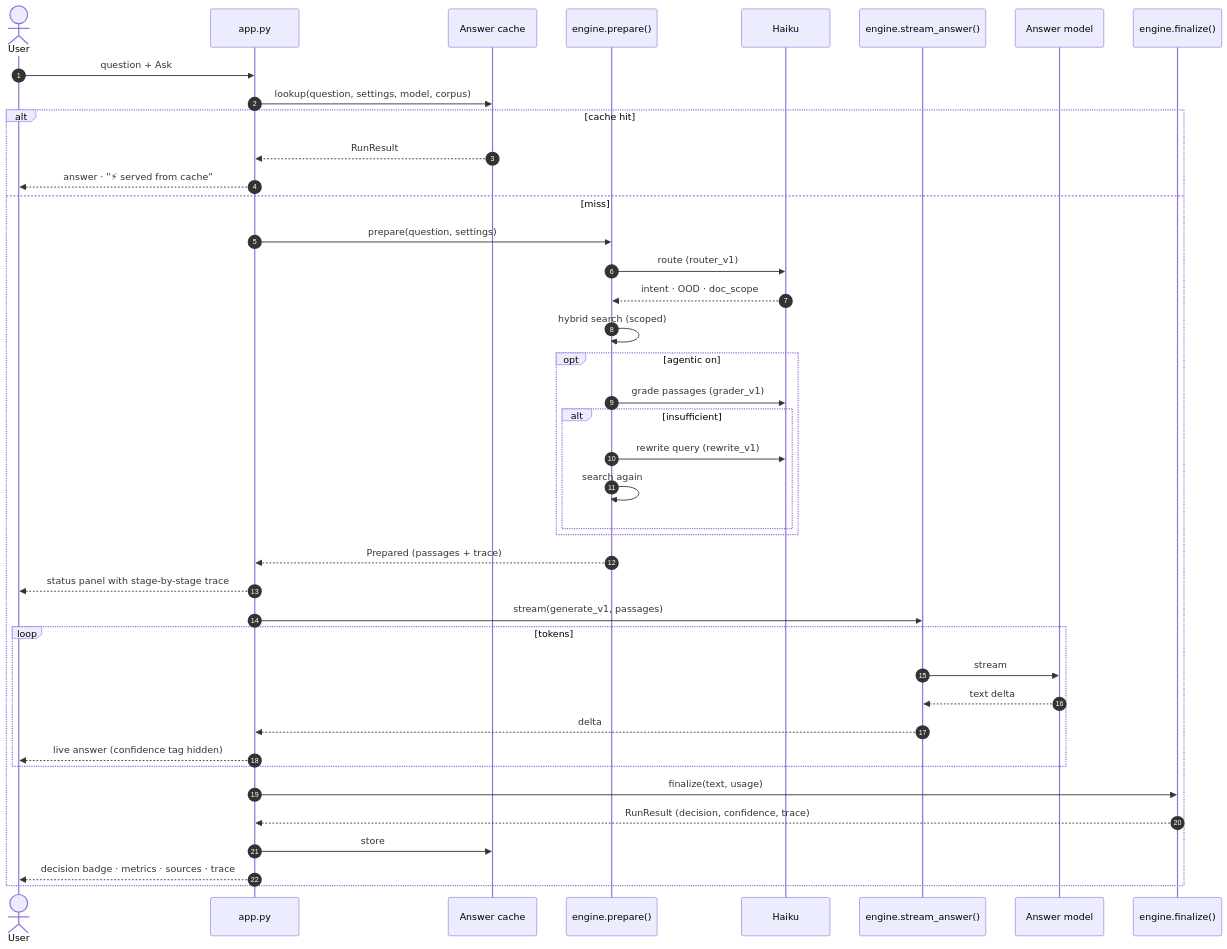
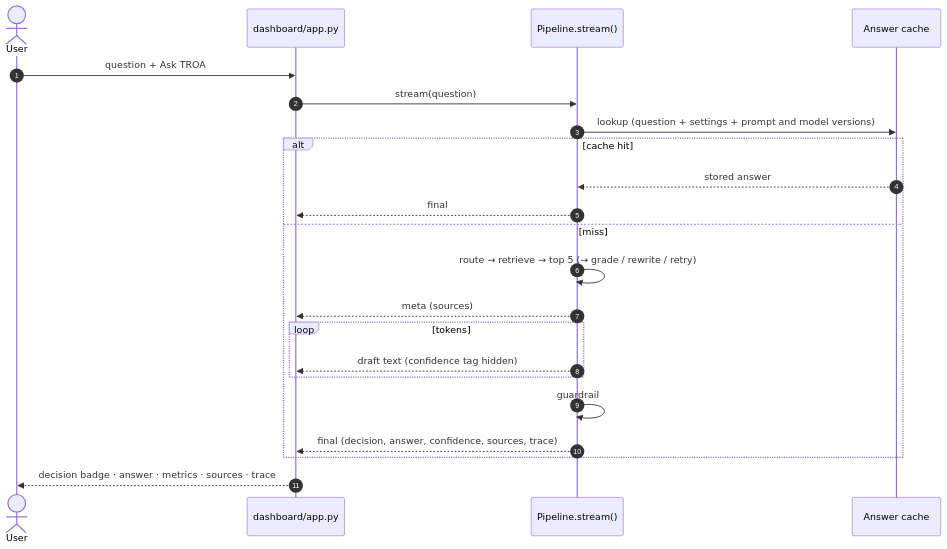
Before and after one commit to drealchux/troa: the diagram in docs/DASHBOARD.md, drawn with Mermaid. The commit also changed other lines of this file and 3 other files, not shown here.

Commit message:
Update docs for the CLI, the Pipeline-based dashboard, and the bundled index

````diff
--- a/docs/DASHBOARD.md
+++ b/docs/DASHBOARD.md
@@ -63,44 +17,25 @@
 ```mermaid
 sequenceDiagram
     autonumber
     actor U as User
-    participant A as app.py
+    participant A as dashboard/app.py
+    participant P as Pipeline.stream()
     participant C as Answer cache
-    participant E as engine.prepare()
-    participant H as Haiku
-    participant S as engine.stream_answer()
-    participant M as Answer model
-    participant F as engine.finalize()
 
-    U->>A: question + Ask
-    A->>C: lookup(question, settings, model, corpus)
+    U->>A: question + Ask TROA
+    A->>P: stream(question)
+    P->>C: lookup (question + settings + prompt and model versions)
     alt cache hit
-        C-->>A: RunResult
-        A-->>U: answer · "⚡ served from cache"
+        C-->>P: stored answer
+        P-->>A: final
     else miss
-        A->>E: prepare(question, settings)
-        E->>H: route (router_v1)
-        H-->>E: intent · OOD · doc_scope
-        E->>E: hybrid search (scoped)
-        opt agentic on
-            E->>H: grade passages (grader_v1)
-            alt insufficient
-                E->>H: rewrite query (rewrite_v1)
-                E->>E: search again
-            end
+        P->>P: route → retrieve → top 5 (→ grade / rewrite / retry)
+        P-->>A: meta (sources)
+        loop tokens
+            P-->>A: draft text (confidence tag hidden)
         end
-        E-->>A: Prepared (passages + trace)
-        A-->>U: status panel with stage-by-stage trace
-        A->>S: stream(generate_v1, passages)
-        loop tokens
-            S->>M: stream
-            M-->>S: text delta
-            S-->>A: delta
-            A-->>U: live answer (confidence tag hidden)
-        end
-        A->>F: finalize(text, usage)
-        F-->>A: RunResult (decision, confidence, trace)
-        A->>C: store
-        A-->>U: decision badge · metrics · sources · trace
+        P->>P: guardrail
+        P-->>A: final (decision, answer, confidence, sources, trace)
     end
+    A-->>U: decision badge · answer · metrics · sources · trace
 ```
````
